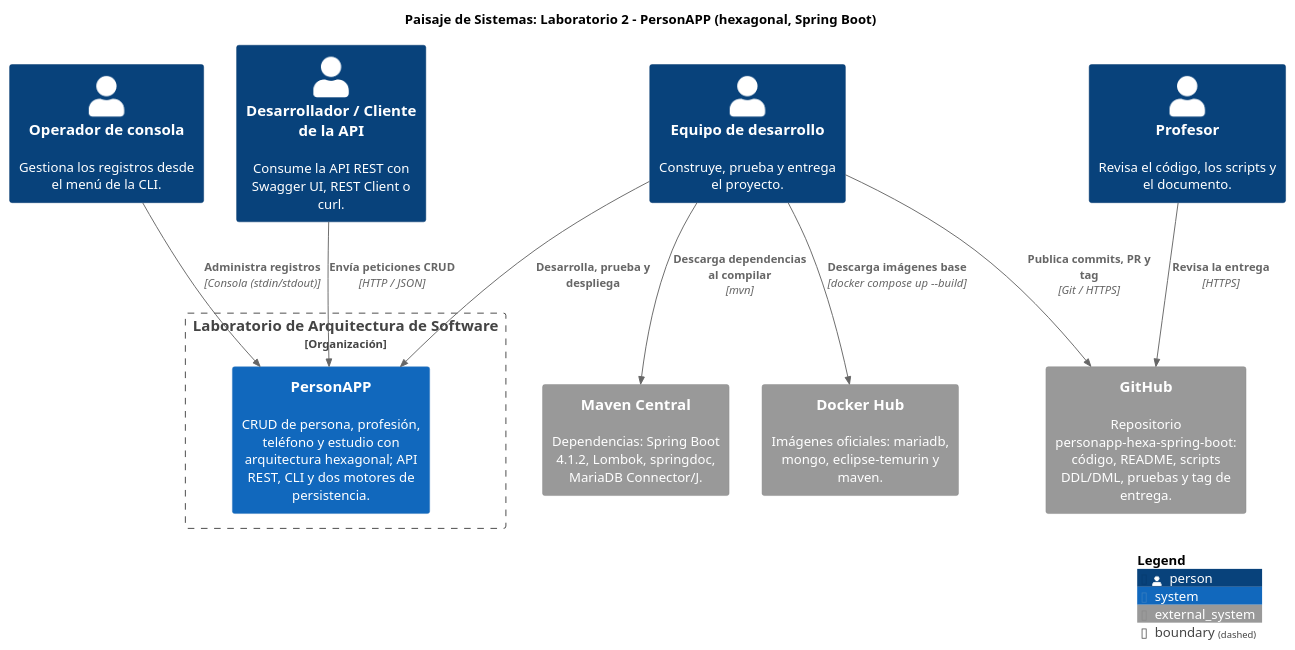
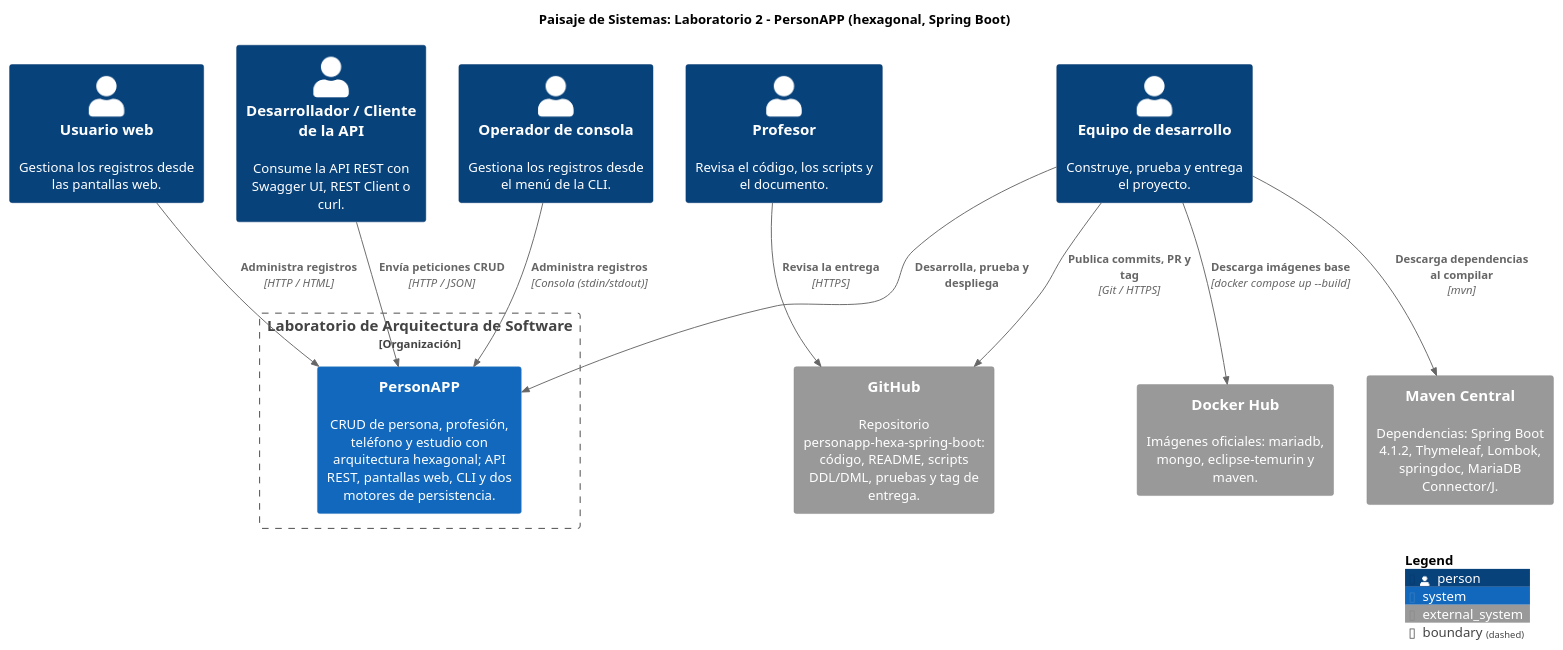
Before and after one commit to andres-karoll/personapp-hexa-spring-boot: the diagram in docs/diagramas/01_paisaje.puml, drawn with PlantUML. The commit also changed 14 other files, not shown here.

First line of the commit message:
Actualiza diagramas C4 con las pantallas web

```diff
--- a/docs/diagramas/01_paisaje.puml
+++ b/docs/diagramas/01_paisaje.puml
@@ -1,29 +1,31 @@
 @startuml 01_paisaje
 !include https://raw.githubusercontent.com/plantuml-stdlib/C4-PlantUML/v2.10.0/C4_Context.puml
 LAYOUT_TOP_DOWN()
 hide stereotype
 title Paisaje de Sistemas: Laboratorio 2 - PersonAPP (hexagonal, Spring Boot)
 
 Person(operador, "Operador de consola", "Gestiona los registros desde el menú de la CLI.")
+Person(usuarioWeb, "Usuario web", "Gestiona los registros desde las pantallas web.")
 Person(cliente, "Desarrollador / Cliente de la API", "Consume la API REST con Swagger UI, REST Client o curl.")
 Person(equipo, "Equipo de desarrollo", "Construye, prueba y entrega el proyecto.")
 Person(profesor, "Profesor", "Revisa el código, los scripts y el documento.")
 
 Boundary(universidad, "Laboratorio de Arquitectura de Software", "Organización") {
-  System(personapp, "PersonAPP", "CRUD de persona, profesión, teléfono y estudio con arquitectura hexagonal; API REST, CLI y dos motores de persistencia.")
+  System(personapp, "PersonAPP", "CRUD de persona, profesión, teléfono y estudio con arquitectura hexagonal; API REST, pantallas web, CLI y dos motores de persistencia.")
 }
 
 System_Ext(github, "GitHub", "Repositorio personapp-hexa-spring-boot: código, README, scripts DDL/DML, pruebas y tag de entrega.")
-System_Ext(maven, "Maven Central", "Dependencias: Spring Boot 4.1.2, Lombok, springdoc, MariaDB Connector/J.")
+System_Ext(maven, "Maven Central", "Dependencias: Spring Boot 4.1.2, Thymeleaf, Lombok, springdoc, MariaDB Connector/J.")
 System_Ext(hub, "Docker Hub", "Imágenes oficiales: mariadb, mongo, eclipse-temurin y maven.")
 
 Rel(operador, personapp, "Administra registros", "Consola (stdin/stdout)")
+Rel(usuarioWeb, personapp, "Administra registros", "HTTP / HTML")
 Rel(cliente, personapp, "Envía peticiones CRUD", "HTTP / JSON")
 Rel(equipo, personapp, "Desarrolla, prueba y despliega")
 Rel(equipo, github, "Publica commits, PR y tag", "Git / HTTPS")
 Rel(profesor, github, "Revisa la entrega", "HTTPS")
 Rel(equipo, maven, "Descarga dependencias al compilar", "mvn")
 Rel(equipo, hub, "Descarga imágenes base", "docker compose up --build")
 
 SHOW_LEGEND()
 @enduml
```
